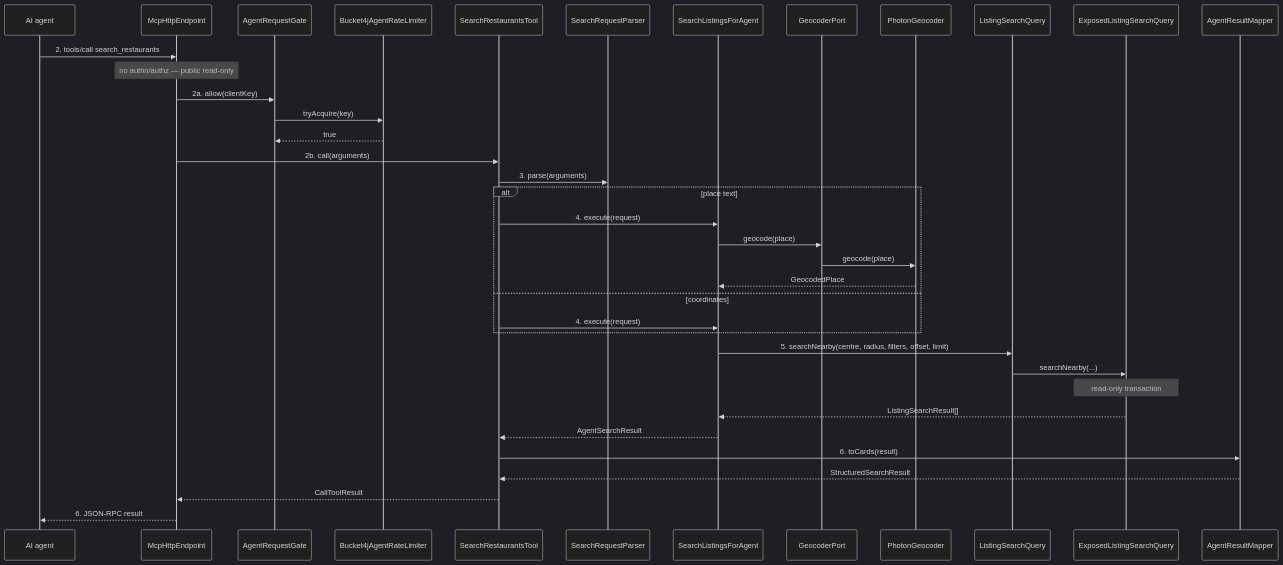
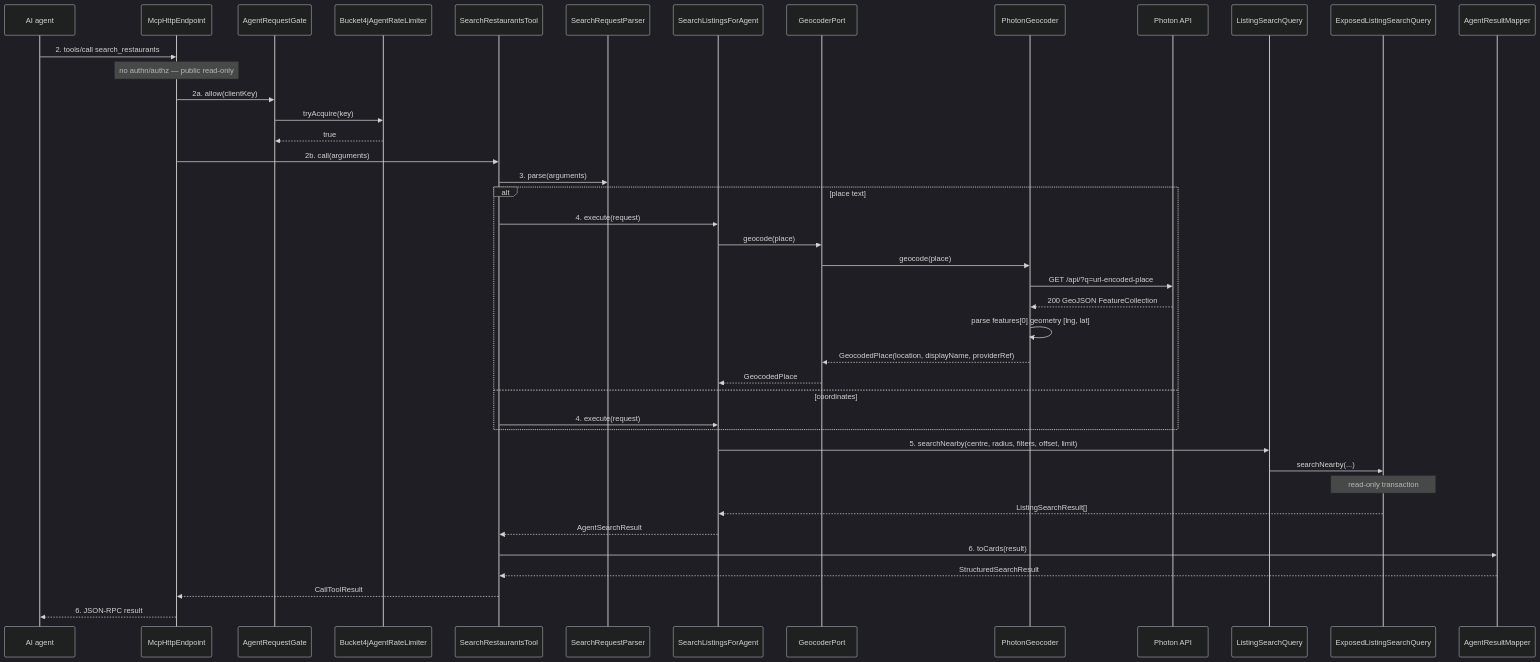
One commit to Losers-Lab/tahirs-list changed the diagram in docs/features/SC-209/06-whitebox/UC-01-search-restaurants.md. Above: the diagram before and after it, drawn with Mermaid (dark theme). The commit also changed other lines of this file and 3 other files, not shown here.

````diff
--- a/docs/features/SC-209/06-whitebox/UC-01-search-restaurants.md
+++ b/docs/features/SC-209/06-whitebox/UC-01-search-restaurants.md
@@ -6,39 +6,44 @@
 ```mermaid
 sequenceDiagram
     participant AG as AI agent
     participant EP as McpHttpEndpoint
     participant GATE as AgentRequestGate
     participant RL as Bucket4jAgentRateLimiter
     participant TOOL as SearchRestaurantsTool
     participant PARSER as SearchRequestParser
     participant CTRL as SearchListingsForAgent
     participant GEO as GeocoderPort
     participant PHOTON as PhotonGeocoder
+    participant EXT as Photon API
     participant Q as ListingSearchQuery
     participant SQL as ExposedListingSearchQuery
     participant MAP as AgentResultMapper
     AG->>EP: 2. tools/call search_restaurants
     Note over EP: no authn/authz — public read-only
     EP->>GATE: 2a. allow(clientKey)
     GATE->>RL: tryAcquire(key)
     RL-->>GATE: true
     EP->>TOOL: 2b. call(arguments)
     TOOL->>PARSER: 3. parse(arguments)
     alt place text
         TOOL->>CTRL: 4. execute(request)
         CTRL->>GEO: geocode(place)
         GEO->>PHOTON: geocode(place)
-        PHOTON-->>CTRL: GeocodedPlace
+        PHOTON->>EXT: GET /api/?q=url-encoded-place
+        EXT-->>PHOTON: 200 GeoJSON FeatureCollection
+        PHOTON->>PHOTON: parse features[0] geometry [lng, lat]
+        PHOTON-->>GEO: GeocodedPlace(location, displayName, providerRef)
+        GEO-->>CTRL: GeocodedPlace
     else coordinates
         TOOL->>CTRL: 4. execute(request)
     end
     CTRL->>Q: 5. searchNearby(centre, radius, filters, offset, limit)
     Q->>SQL: searchNearby(...)
     Note over SQL: read-only transaction
     SQL-->>CTRL: ListingSearchResult[]
     CTRL-->>TOOL: AgentSearchResult
     TOOL->>MAP: 6. toCards(result)
     MAP-->>TOOL: StructuredSearchResult
     TOOL-->>EP: CallToolResult
     EP-->>AG: 6. JSON-RPC result
 ```
````
